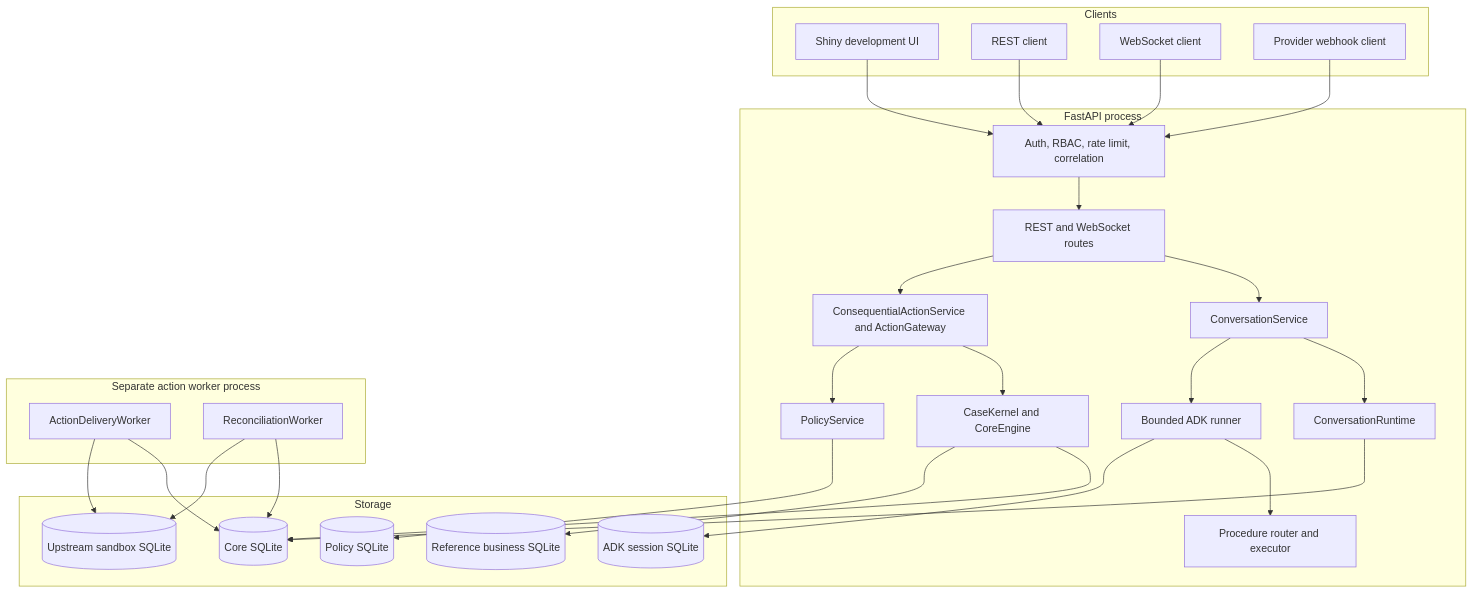
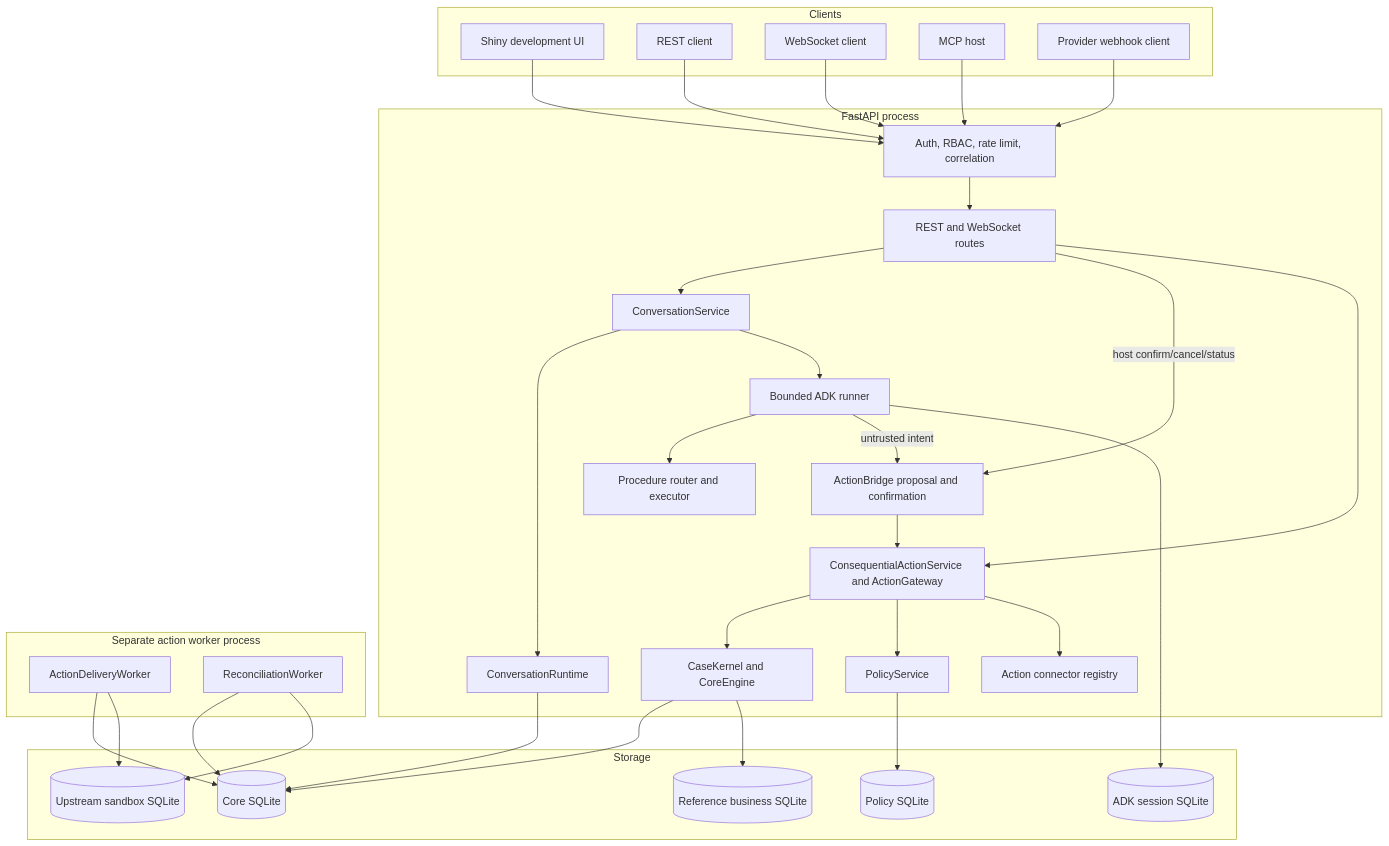
The second of 8 diagrams in docs/architecture.md (spkc83/llm-powered-workflow-engine), drawn with Mermaid before and after one commit. The commit also changed other lines of this file and 64 other files, not shown here.

Commit message:
Release v3.2 conversational action bridge

````diff
--- a/docs/architecture.md
+++ b/docs/architecture.md
@@ -63,56 +63,64 @@
 ```mermaid
 flowchart TB
     subgraph Clients
         Browser[Shiny development UI]
         Rest[REST client]
         Ws[WebSocket client]
+        Mcp[MCP host]
         ProviderClient[Provider webhook client]
     end
 
     subgraph API[FastAPI process]
         Middleware[Auth, RBAC, rate limit, correlation]
         Routes[REST and WebSocket routes]
         Conversation[ConversationService]
         ADK[Bounded ADK runner]
         Procedure[Procedure router and executor]
         Core[CaseKernel and CoreEngine]
+        Bridge[ActionBridge proposal and confirmation]
         Actions[ConsequentialActionService and ActionGateway]
+        Registry[Action connector registry]
         Policy[PolicyService]
         Runtime[ConversationRuntime]
     end
 
     subgraph Workers[Separate action worker process]
         Delivery[ActionDeliveryWorker]
         Reconcile[ReconciliationWorker]
     end
 
     subgraph Storage
         Business[(Reference business SQLite)]
         CoreDb[(Core SQLite)]
         PolicyDb[(Policy SQLite)]
         SessionDb[(ADK session SQLite)]
         SandboxDb[(Upstream sandbox SQLite)]
     end
 
     Browser --> Middleware
     Rest --> Middleware
     Ws --> Middleware
+    Mcp --> Middleware
     ProviderClient --> Middleware
     Middleware --> Routes
     Routes --> Conversation
     Conversation --> Runtime
     Conversation --> ADK
     ADK --> Procedure
+    ADK -->|untrusted intent| Bridge
+    Routes -->|host confirm/cancel/status| Bridge
+    Bridge --> Actions
     Routes --> Actions
     Actions --> Core
     Actions --> Policy
+    Actions --> Registry
     Core --> CoreDb
     Runtime --> CoreDb
     Policy --> PolicyDb
     ADK --> SessionDb
     Core --> Business
     Delivery --> CoreDb
     Reconcile --> CoreDb
     Delivery --> SandboxDb
     Reconcile --> SandboxDb
 ```
````
